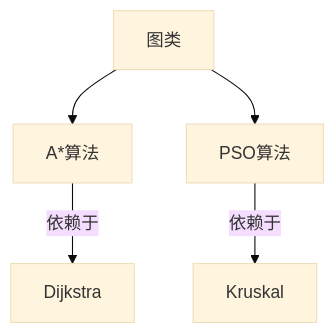
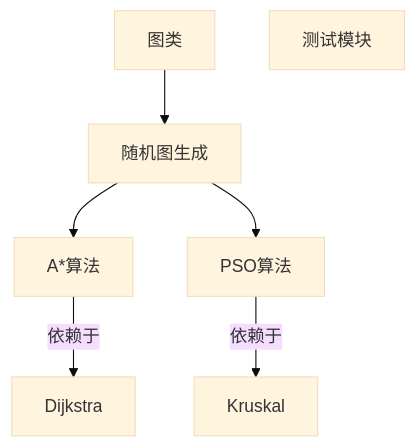
One commit to secret4233/auto_routing changed the diagram in README.md. Above: the diagram before and after it, drawn with Mermaid (base theme). The commit also changed other lines of this file, not shown here.

Commit message:
readme.md进一步描述各模块关系

````diff
--- a/README.md
+++ b/README.md
@@ -11,7 +11,12 @@
 ```mermaid
 graph TD
-    st[图类] --> aStar[A*算法]
-    st --> pso[PSO算法]
+    graphClass[图类] --> randGraph[随机图生成]
+    randGraph --> aStar[A*算法]
+    randGraph --> pso[PSO算法]
     aStar -- 依赖于 --> Dijkstra
     pso -- 依赖于 --> Kruskal 
+
+    test[测试模块]
+
+
 ```
````
